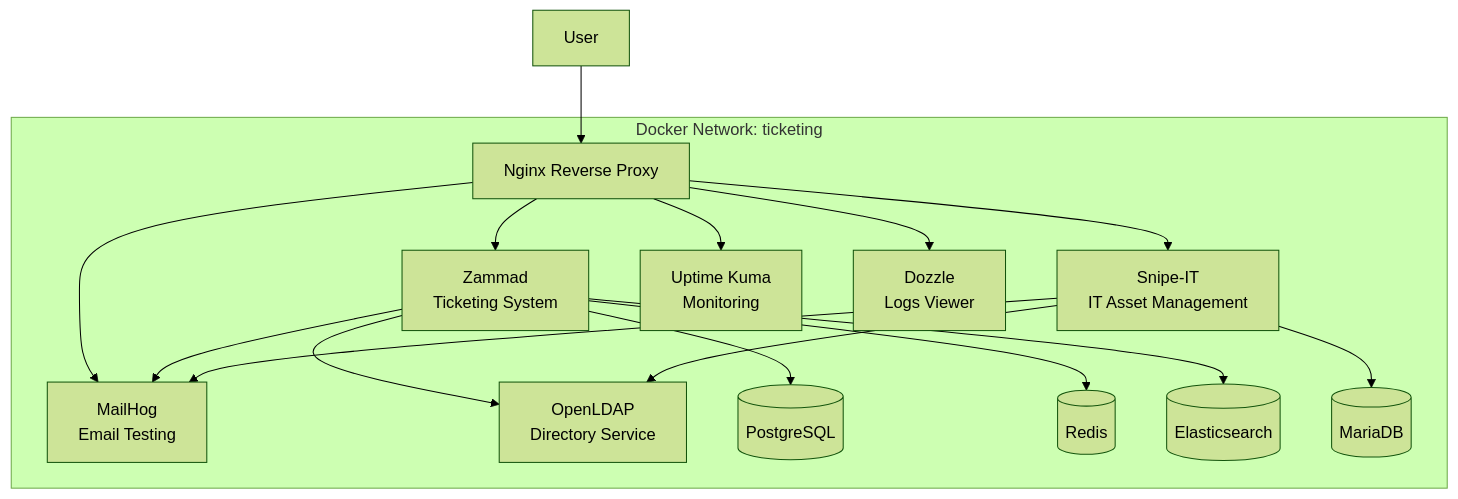
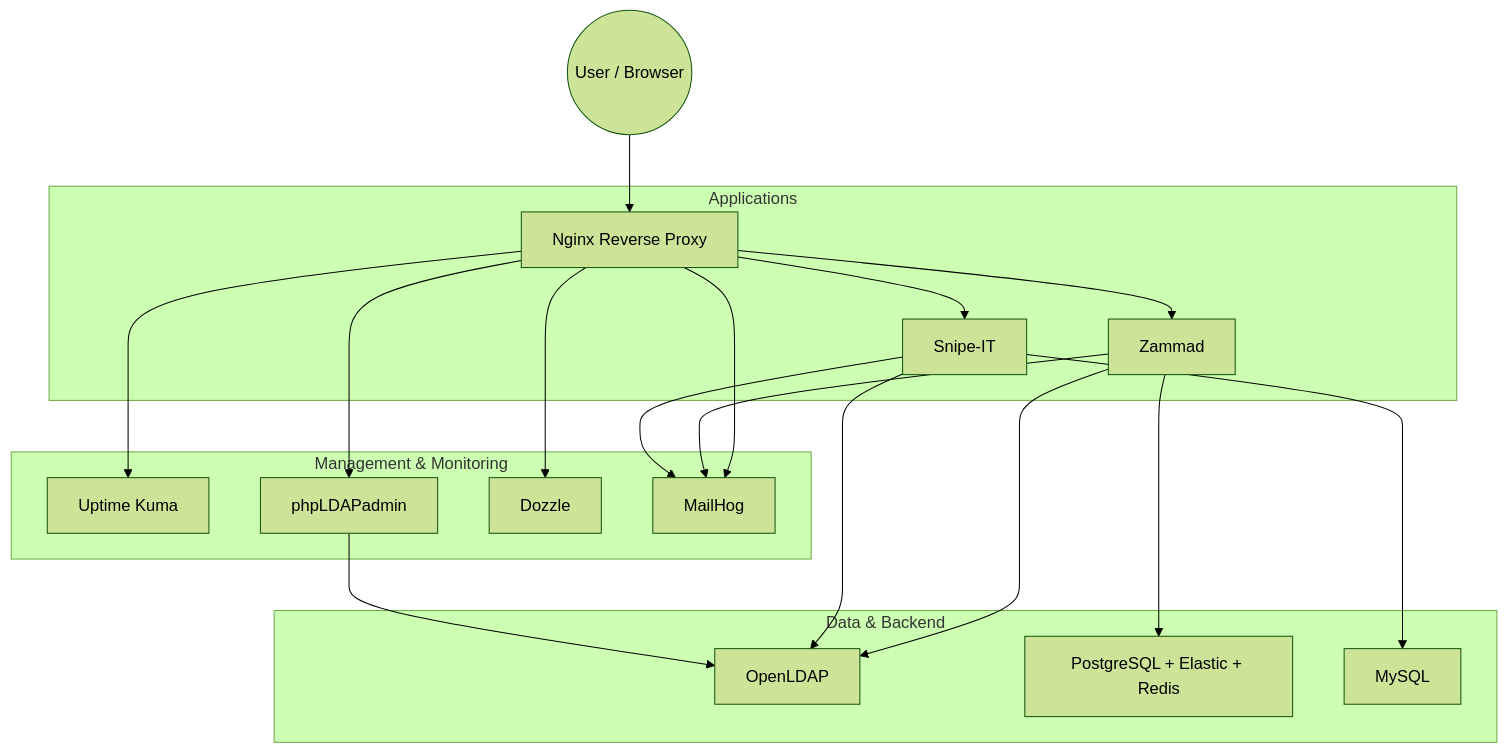
One commit to AnythingLegalConsidered/Ticketing changed the diagram in README.md. Above: the diagram before and after it, drawn with Mermaid (forest theme). The commit also changed other lines of this file, not shown here.

Commit message:
Update README with polished English version, added phpLDAPadmin and architecture diagram

````diff
--- a/README.md
+++ b/README.md
@@ -24,34 +27,24 @@
 ```mermaid
-graph TB
-    User[User] --> Nginx[Nginx Reverse Proxy]
+graph TD
+    User((User / Browser)) --> Nginx[Nginx Reverse Proxy]
     
-    Nginx --> Zammad[Zammad<br/>Ticketing System]
-    Nginx --> SnipeIT[Snipe-IT<br/>IT Asset Management]
-    Nginx --> Kuma[Uptime Kuma<br/>Monitoring]
-    Nginx --> Dozzle[Dozzle<br/>Logs Viewer]
-    Nginx --> MailHog[MailHog<br/>Email Testing]
+    subgraph "Applications"
+    Nginx --> Zammad
+    Nginx --> SnipeIT[Snipe-IT]
+    end
     
-    Zammad --> OpenLDAP[OpenLDAP<br/>Directory Service]
-    Zammad --> MailHog
-    Zammad --> Postgres[(PostgreSQL)]
-    Zammad --> Redis[(Redis)]
-    Zammad --> ES[(Elasticsearch)]
+    subgraph "Management & Monitoring"
+    Nginx --> Kuma[Uptime Kuma]
+    Nginx --> PLA[phpLDAPadmin]
+    Nginx --> Dozzle
+    Nginx --> MailHog
+    end
     
-    SnipeIT --> OpenLDAP
-    SnipeIT --> MailHog
-    SnipeIT --> MariaDB[(MariaDB)]
-    
-    subgraph "Docker Network: ticketing"
-        Nginx
-        Zammad
-        SnipeIT
-        Kuma
-        Dozzle
-        MailHog
-        OpenLDAP
-        Postgres
-        MariaDB
-        Redis
-        ES
+    subgraph "Data & Backend"
+    Zammad & SnipeIT --> LDAP[OpenLDAP]
+    Zammad & SnipeIT --> MailHog
+    Zammad --> DB_Z[PostgreSQL + Elastic + Redis]
+    SnipeIT --> DB_S[MySQL]
+    PLA --> LDAP
     end
 ```
````
